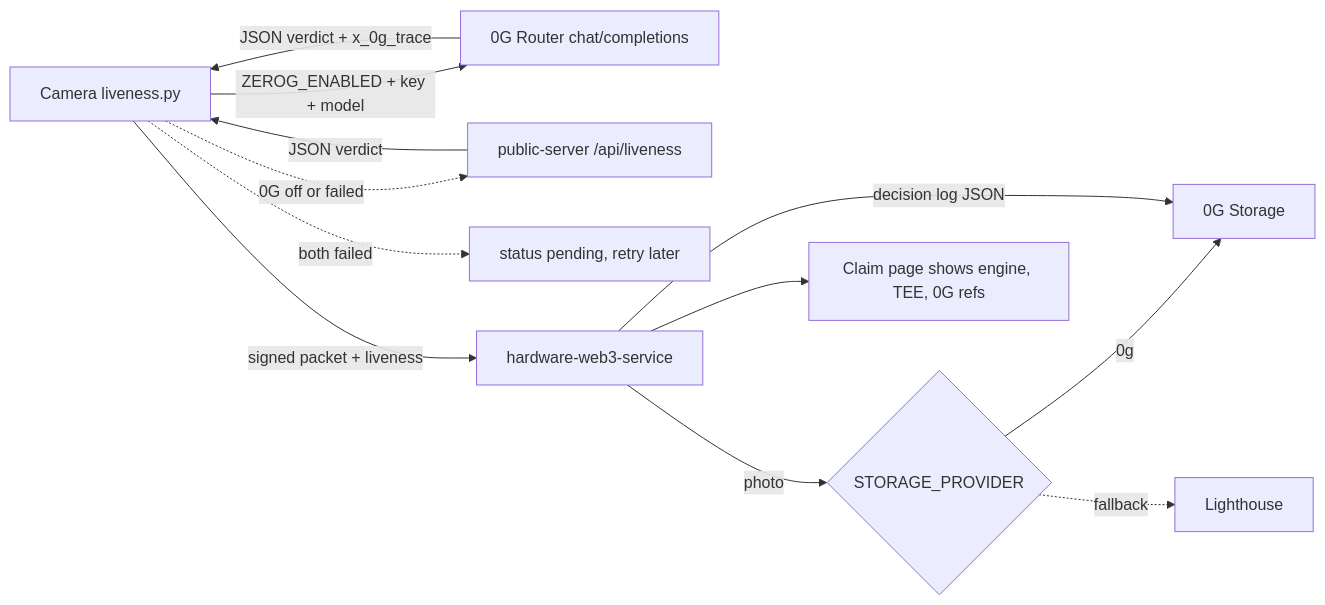
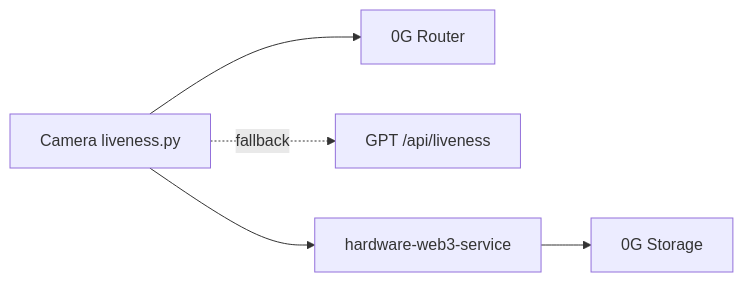
One commit to Adityaadpandey/Veris changed the diagram in prizes/0g.md. Above: the diagram before and after it, drawn with Mermaid. The commit also changed other lines of this file and 4 other files, not shown here.

````diff
--- a/prizes/0g.md
+++ b/prizes/0g.md
@@ -93,14 +16,7 @@
 ```mermaid
 flowchart LR
-  Cam[Camera liveness.py] -->|ZEROG_ENABLED + key + model| Router[0G Router chat/completions]
-  Router -->|JSON verdict + x_0g_trace| Cam
-  Cam -.->|0G off or failed| GPT[public-server /api/liveness]
-  GPT -->|JSON verdict| Cam
-  Cam -.->|both failed| Pending[status pending, retry later]
-  Cam -->|signed packet + liveness| Web3[hardware-web3-service]
-  Web3 -->|photo| Store{STORAGE_PROVIDER}
-  Store -->|0g| ZG[0G Storage]
-  Store -.->|fallback| LH[Lighthouse]
-  Web3 -->|decision log JSON| ZG
-  Web3 --> Claim[Claim page shows engine, TEE, 0G refs]
+  Cam[Camera liveness.py] --> R[0G Router]
+  Cam -.->|fallback| GPT[GPT /api/liveness]
+  Cam --> W3[hardware-web3-service]
+  W3 --> ZG[0G Storage]
 ```
````
